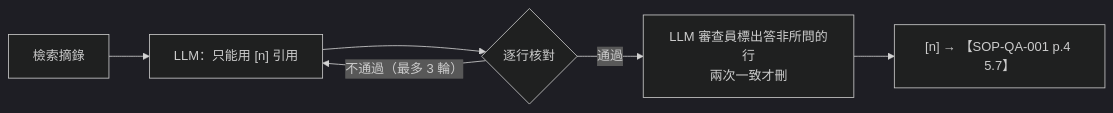
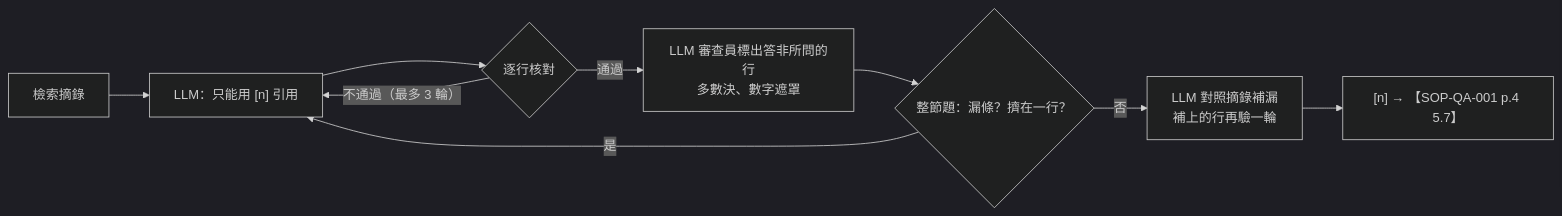
The fourth of 4 diagrams in README.md (LiN3simver/ISO-RAG), drawn with Mermaid (dark theme) before and after one commit. The commit also changed other lines of this file and 12 other files, not shown here.

````diff
--- a/README.md
+++ b/README.md
@@ -113,8 +124,11 @@
 ```mermaid
 flowchart LR
   E["檢索摘錄"] --> LLM["LLM：只能用 [n] 引用"]
   LLM --> V{"逐行核對"}
   V -->|"不通過（最多 3 輪）"| LLM
-  V -->|通過| REV["LLM 審查員標出答非所問的行<br/>兩次一致才刪"]
-  REV --> CITE["[n] → 【SOP-QA-001 p.4 5.7】"]
+  V -->|通過| REV["LLM 審查員標出答非所問的行<br/>多數決、數字遮罩"]
+  REV --> COV{"整節題：漏條？擠在一行？"}
+  COV -->|是| LLM
+  COV -->|否| GAP["LLM 對照摘錄補漏<br/>補上的行再驗一輪"]
+  GAP --> CITE["[n] → 【SOP-QA-001 p.4 5.7】"]
 ```
````
